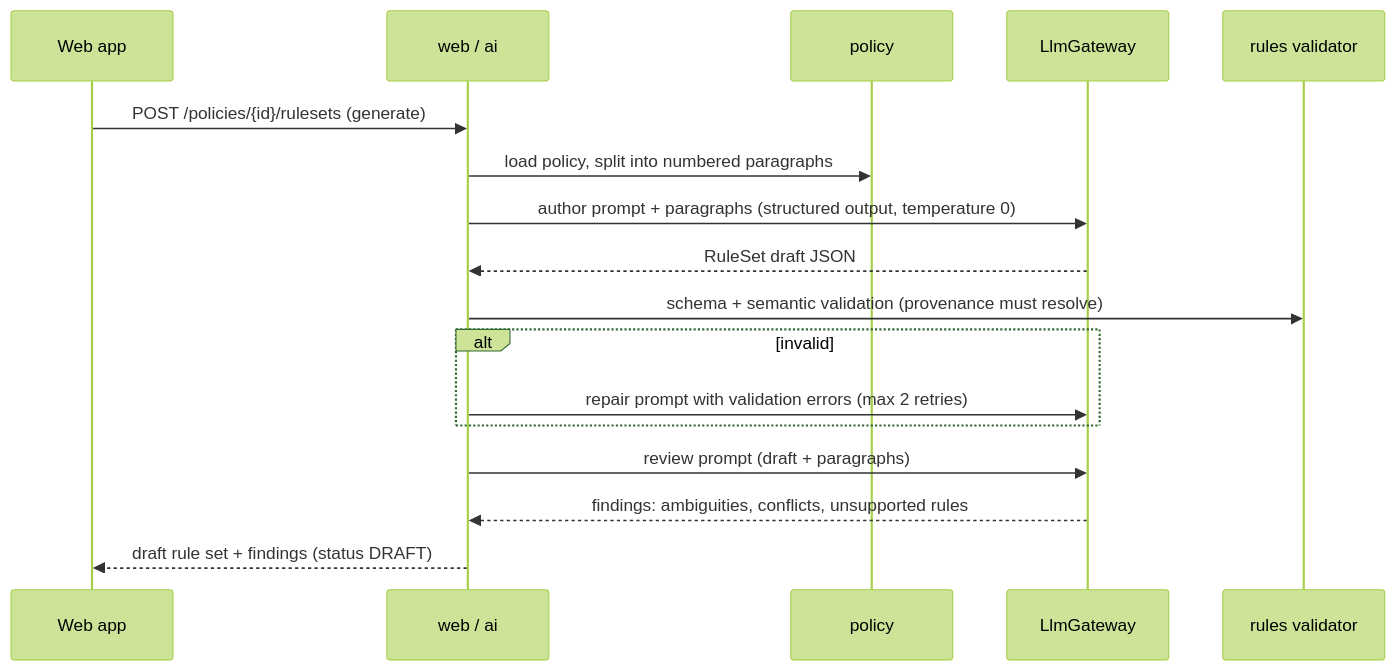
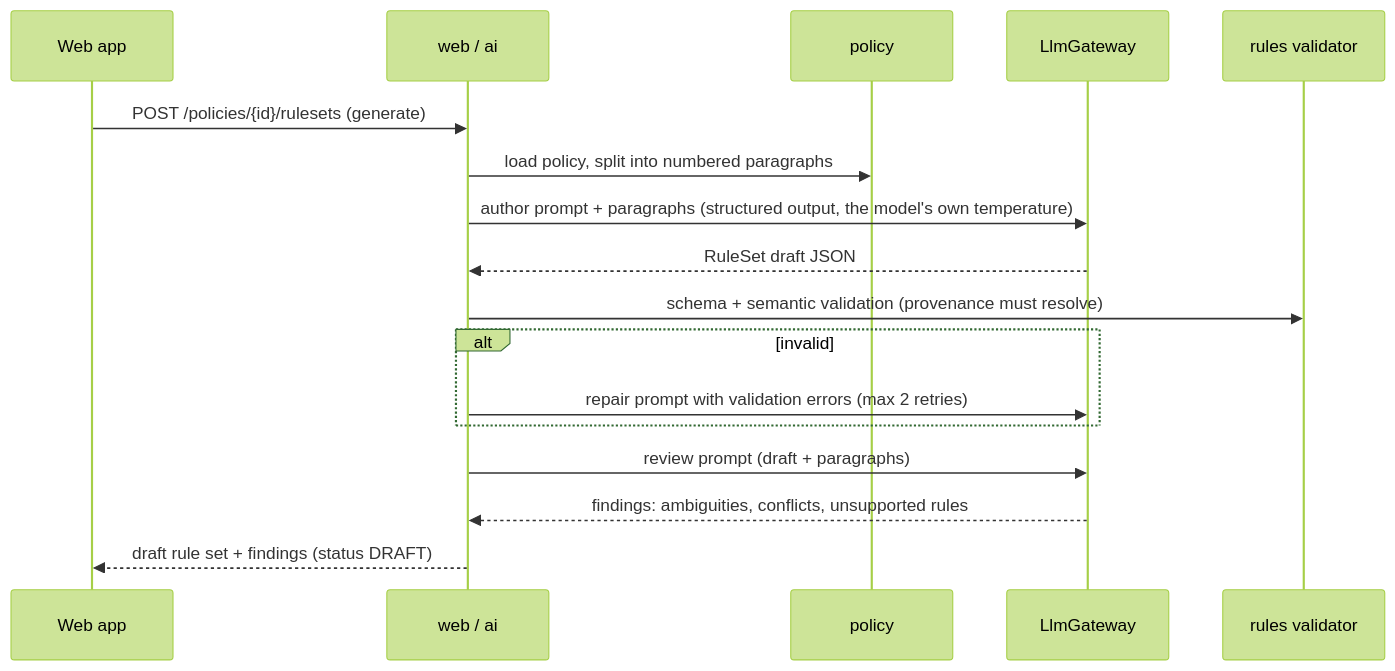
The fourth of 10 diagrams in docs/02-architecture.md (liorshaya/PolicyPilot), drawn with Mermaid (forest theme) before and after one commit. The commit also changed other lines of this file and 6 other files, not shown here.

````diff
--- a/docs/02-architecture.md
+++ b/docs/02-architecture.md
@@ -125,19 +125,19 @@
 ```mermaid
 sequenceDiagram
   participant W as Web app
   participant API as web / ai
   participant P as policy
   participant M as LlmGateway
   participant V as rules validator
   W->>API: POST /policies/{id}/rulesets (generate)
   API->>P: load policy, split into numbered paragraphs
-  API->>M: author prompt + paragraphs (structured output, temperature 0)
+  API->>M: author prompt + paragraphs (structured output, the model's own temperature)
   M-->>API: RuleSet draft JSON
   API->>V: schema + semantic validation (provenance must resolve)
   alt invalid
     API->>M: repair prompt with validation errors (max 2 retries)
   end
   API->>M: review prompt (draft + paragraphs)
   M-->>API: findings: ambiguities, conflicts, unsupported rules
   API-->>W: draft rule set + findings (status DRAFT)
 ```
````
